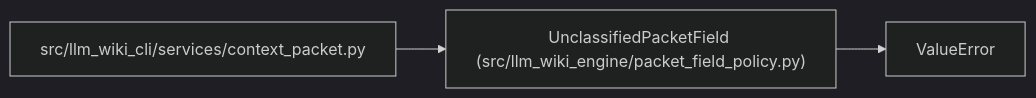
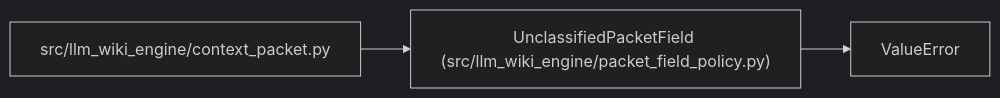
The diagram in docs/llm_wiki/entities/UnclassifiedPacketField.md (Denissvgn/python-wiki-llm), drawn with Mermaid (dark theme) before and after one commit. The commit also changed 577 other files, not shown here.

Commit message:
docs: refresh the wiki for the engine context packet

````diff
--- a/docs/llm_wiki/entities/UnclassifiedPacketField.md
+++ b/docs/llm_wiki/entities/UnclassifiedPacketField.md
@@ -25,10 +25,10 @@
 ```mermaid
 flowchart LR
     n0["UnclassifiedPacketField (src/llm_wiki_engine/packet_field_policy.py)"]
     n1["ValueError"]
-    n2["src/llm_wiki_cli/services/context_packet.py"]
+    n2["src/llm_wiki_engine/context_packet.py"]
     n0 --> n1
     n2 --> n0
     click n0 "../modules/packet_field_policy.md"
     click n2 "../modules/context_packet.md"
 ```
````
